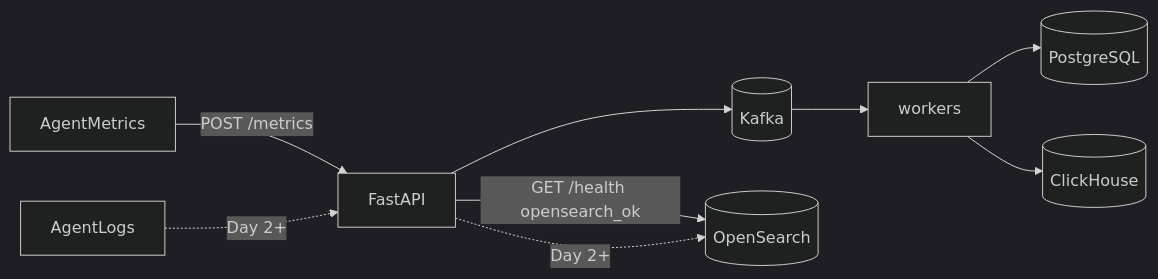
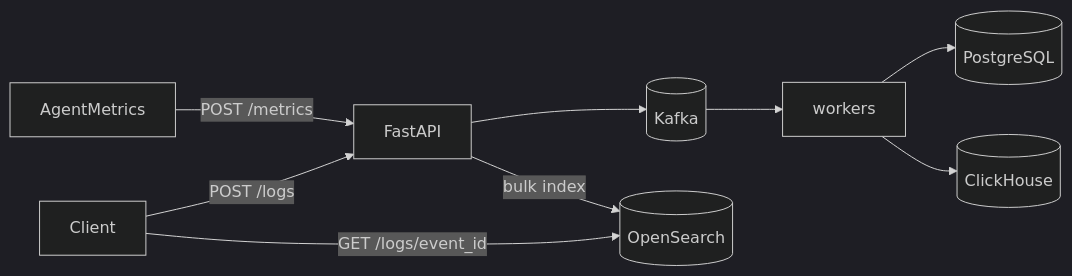
Before and after one commit to jayakrishnan98/InsightNode: the diagram in docs/phase-4-architecture.md, drawn with Mermaid (dark theme). The commit also changed other lines of this file and 4 other files, not shown here.

````diff
--- a/docs/phase-4-architecture.md
+++ b/docs/phase-4-architecture.md
@@ -18,11 +18,11 @@
 ```mermaid
 flowchart LR
   AgentMetrics -->|POST /metrics| API[FastAPI]
   API --> K[(Kafka)]
   K --> W[workers]
   W --> PG[(PostgreSQL)]
   W --> CH[(ClickHouse)]
-  API -->|GET /health opensearch_ok| OS[(OpenSearch)]
-  AgentLogs -.->|Day 2+| API
-  API -.->|Day 2+| OS
+  Client -->|POST /logs| API
+  API -->|bulk index| OS[(OpenSearch)]
+  Client -->|GET /logs/event_id| OS
 ```
````
